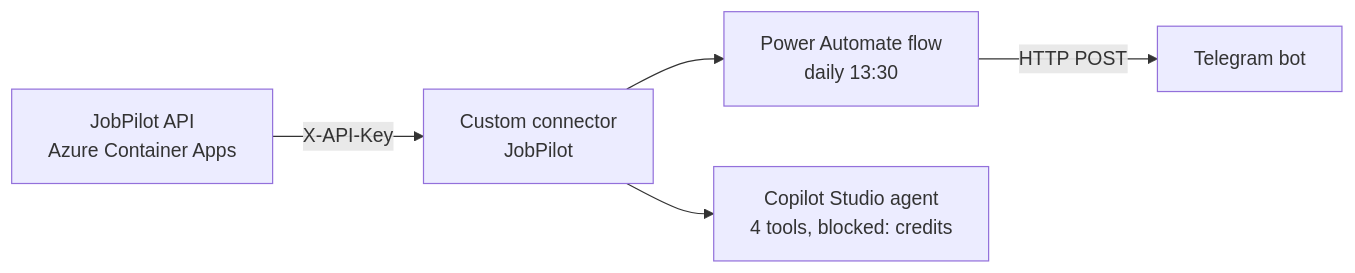
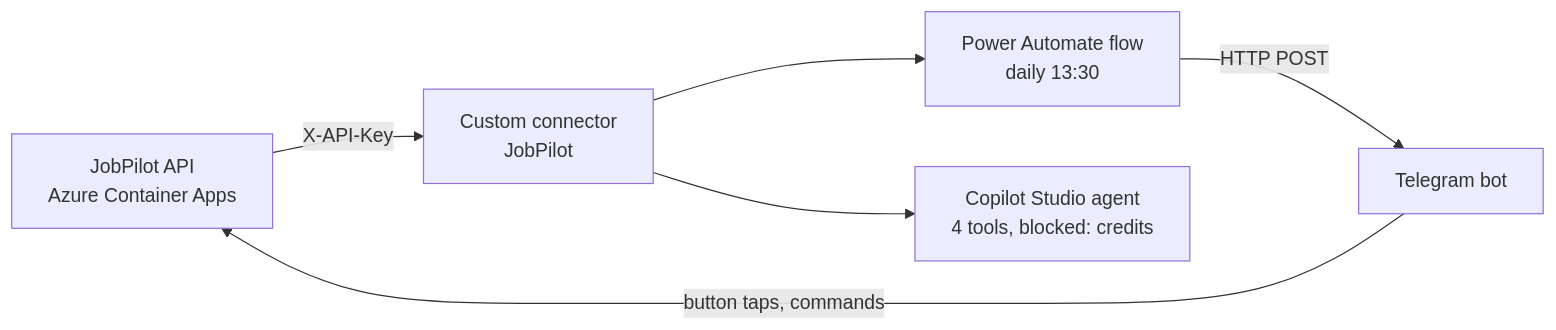
Before and after one commit to kaankababulut/jobpilot: the diagram in docs/COPILOT_STUDIO.md, drawn with Mermaid. The commit also changed other lines of this file and 8 other files, not shown here.

First line of the commit message:
Document the tracker: README, design decisions, setup runbook, flow buttons

````diff
--- a/docs/COPILOT_STUDIO.md
+++ b/docs/COPILOT_STUDIO.md
@@ -5,7 +7,8 @@
 ```mermaid
 flowchart LR
     API[JobPilot API<br/>Azure Container Apps] -- X-API-Key --> CC[Custom connector<br/>JobPilot]
     CC --> FL[Power Automate flow<br/>daily 13:30]
     FL -- HTTP POST --> TG[Telegram bot]
+    TG -- button taps, commands --> API
     CC --> AG[Copilot Studio agent<br/>4 tools, blocked: credits]
 ```
````
